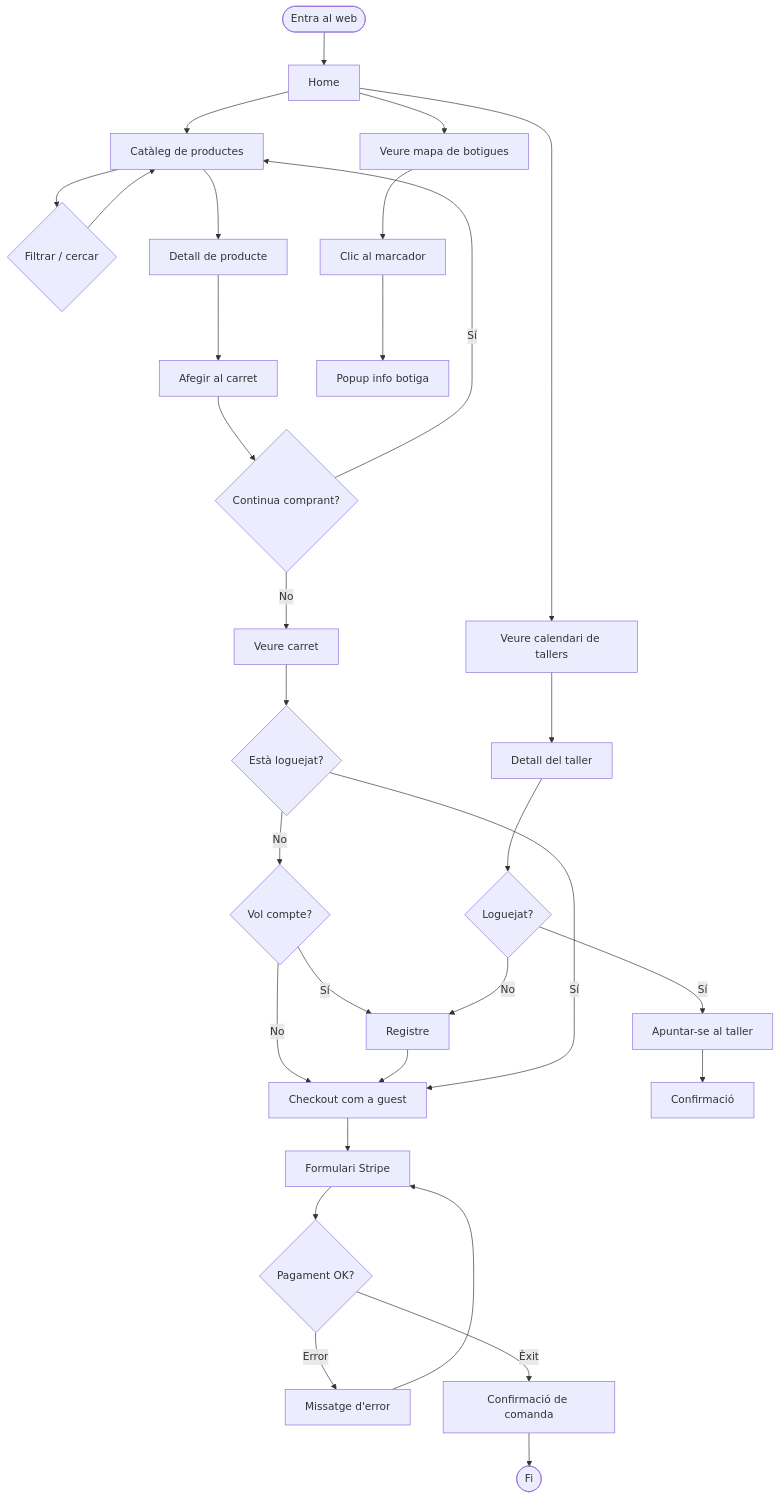
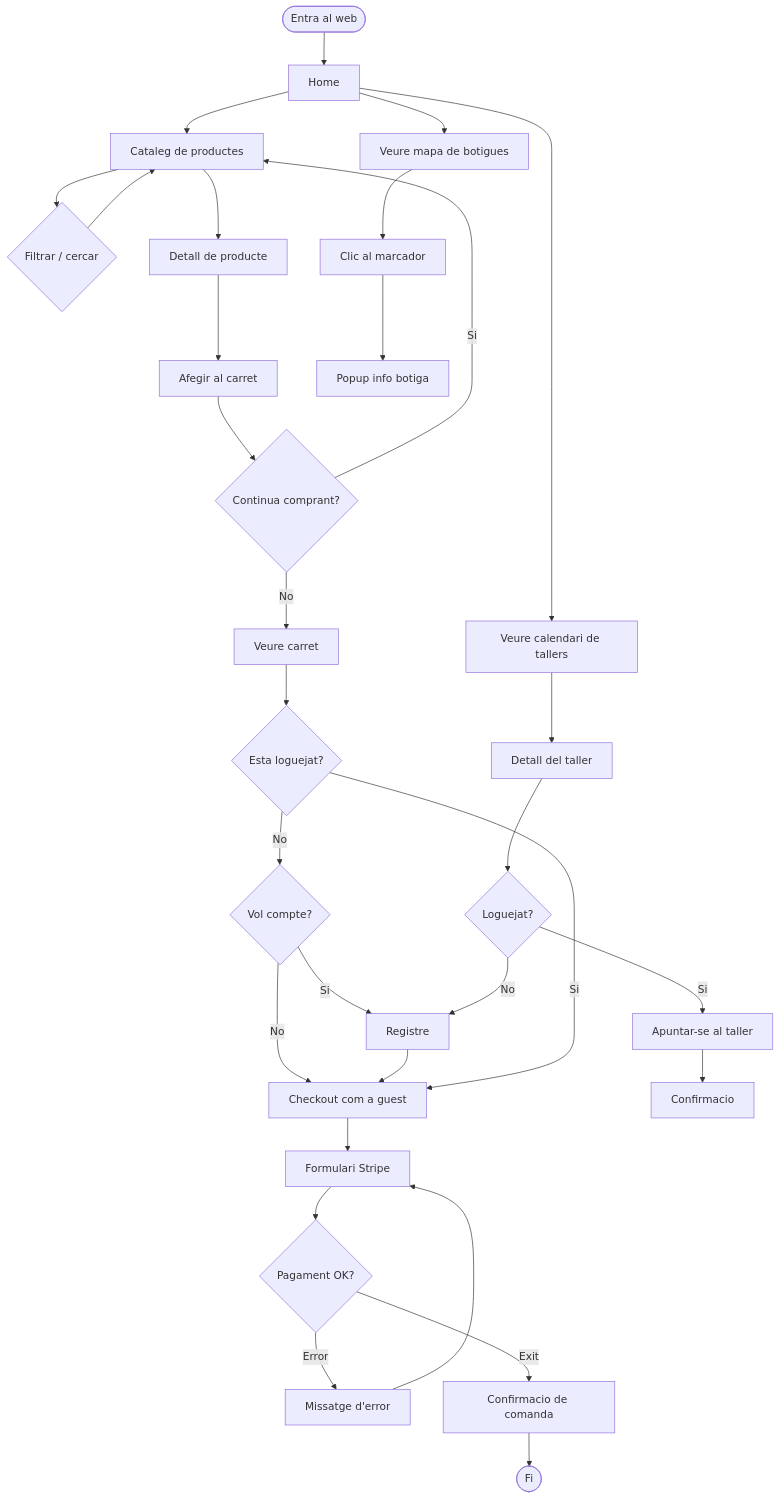
One commit to isahun/winter-garden changed the third of 8 diagrams in DIAGRAMS.md. Above: the diagram before and after it, drawn with Mermaid. The commit also changed other lines of this file, not shown here.

Commit message:
docs: fix Mermaid node labels for obsidian render

````diff
--- a/DIAGRAMS.md
+++ b/DIAGRAMS.md
@@ -127,35 +127,35 @@
 ```mermaid
 flowchart TD
     A([Entra al web]) --> B[Home]
-    B --> C[Catàleg de productes]
+    B --> C[Cataleg de productes]
     C --> D{Filtrar / cercar}
     D --> C
     C --> E[Detall de producte]
     E --> F[Afegir al carret]
     F --> G{Continua comprant?}
-    G -- Sí --> C
+    G -- Si --> C
     G -- No --> H[Veure carret]
-    H --> I{Està loguejat?}
+    H --> I{Esta loguejat?}
     I -- No --> J{Vol compte?}
-    J -- Sí --> K[Registre]
+    J -- Si --> K[Registre]
     J -- No --> L[Checkout com a guest]
     K --> L
-    I -- Sí --> L
+    I -- Si --> L
     L --> M[Formulari Stripe]
     M --> N{Pagament OK?}
     N -- Error --> O[Missatge d'error]
     O --> M
-    N -- Èxit --> P[Confirmació de comanda]
+    N -- Exit --> P[Confirmacio de comanda]
     P --> Q([Fi])
 
     B --> R[Veure calendari de tallers]
     R --> S[Detall del taller]
     S --> T{Loguejat?}
     T -- No --> K
-    T -- Sí --> U[Apuntar-se al taller]
-    U --> V[Confirmació]
+    T -- Si --> U[Apuntar-se al taller]
+    U --> V[Confirmacio]
 
     B --> W[Veure mapa de botigues]
     W --> X[Clic al marcador]
     X --> Y[Popup info botiga]
 ```
````
